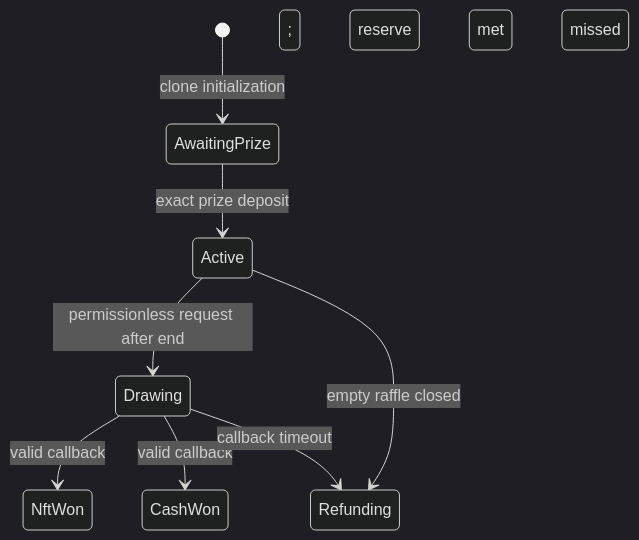
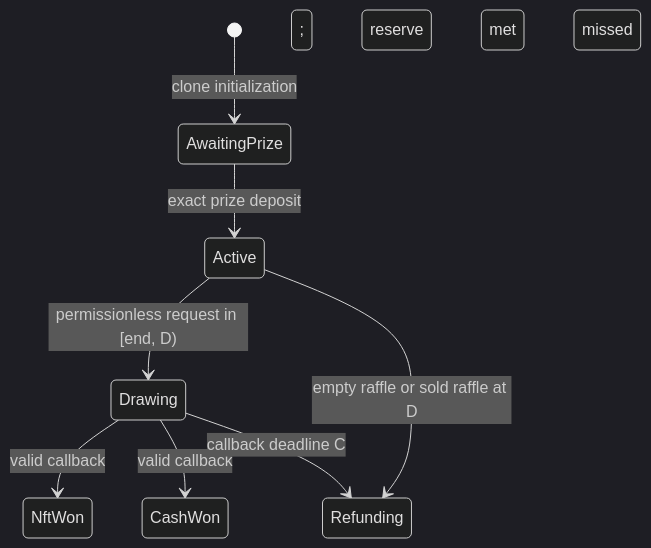
Before and after one commit to Heesho/raffle-fun: the diagram in packages/contracts/audit/CURRENT-SPECIFICATION.md, drawn with Mermaid (dark theme). The commit also changed other lines of this file and 64 other files, not shown here.

````diff
--- a/packages/contracts/audit/CURRENT-SPECIFICATION.md
+++ b/packages/contracts/audit/CURRENT-SPECIFICATION.md
@@ -43,10 +43,10 @@
 ```mermaid
 stateDiagram-v2
   [*] --> AwaitingPrize: clone initialization
   AwaitingPrize --> Active: exact prize deposit
-  Active --> Drawing: permissionless request after end
-  Active --> Refunding: empty raffle closed
+  Active --> Drawing: permissionless request in [end, D)
+  Active --> Refunding: empty raffle or sold raffle at D
   Drawing --> NftWon: valid callback; reserve met
   Drawing --> CashWon: valid callback; reserve missed
-  Drawing --> Refunding: callback timeout
+  Drawing --> Refunding: callback deadline C
 ```
````
